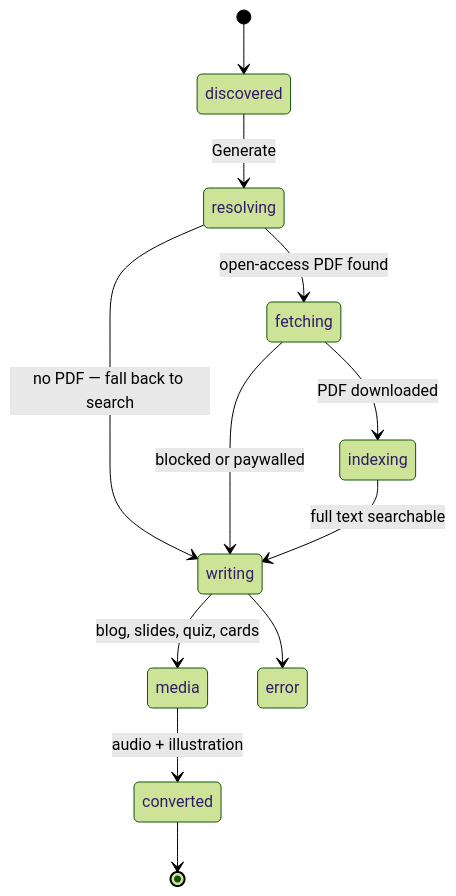
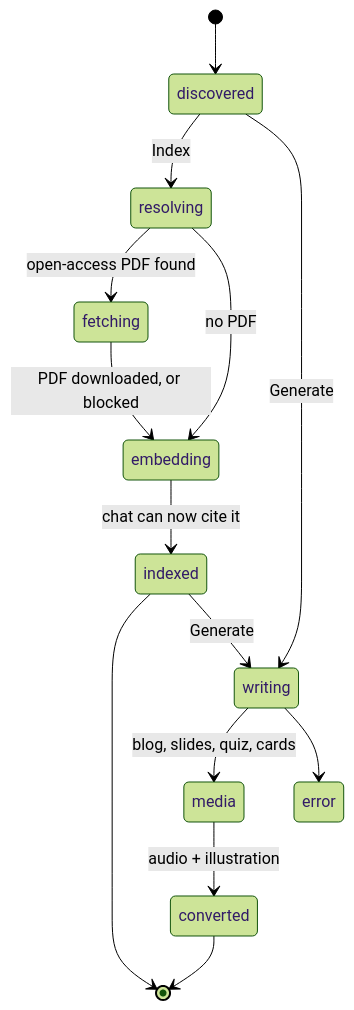
The second of 4 diagrams in README.md (BuildGeekAI/scholar-mind), drawn with Mermaid (forest theme) before and after one commit. The commit also changed other lines of this file and 12 other files, not shown here.

````diff
--- a/README.md
+++ b/README.md
@@ -32,14 +35,18 @@
 ```mermaid
 stateDiagram-v2
     [*] --> discovered
-    discovered --> resolving: Generate
+
+    discovered --> resolving: Index
     resolving --> fetching: open-access PDF found
-    resolving --> writing: no PDF — fall back to search
-    fetching --> indexing: PDF downloaded
-    fetching --> writing: blocked or paywalled
-    indexing --> writing: full text searchable
+    resolving --> embedding: no PDF
+    fetching --> embedding: PDF downloaded, or blocked
+    embedding --> indexed: chat can now cite it
+    indexed --> [*]
+
+    discovered --> writing: Generate
+    indexed --> writing: Generate
     writing --> media: blog, slides, quiz, cards
     media --> converted: audio + illustration
     writing --> error
     converted --> [*]
 ```
````
